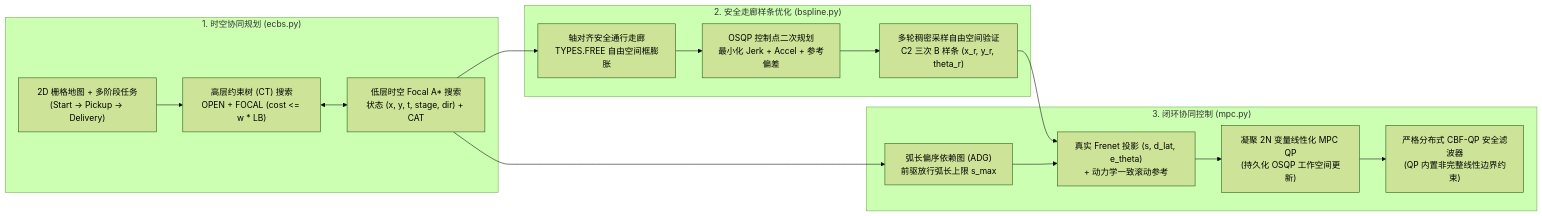
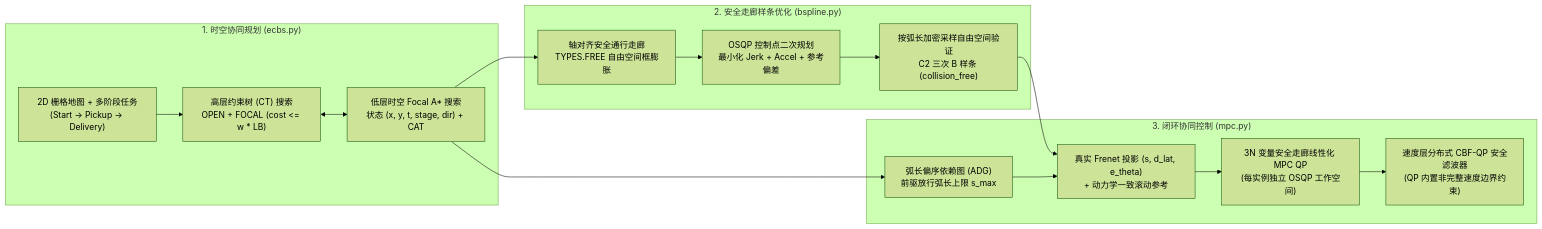
One commit to Urami0421/multi-agv-ecbs-consensus-mpc changed the diagram in README_zh.md. Above: the diagram before and after it, drawn with Mermaid (forest theme). The commit also changed other lines of this file and 20 other files, not shown here.

Commit message:
feat(control,mapf): add corridor-constrained MPC, 60s Wilson CI benchmarks, and per-instance OSQP workspaces

````diff
--- a/README_zh.md
+++ b/README_zh.md
@@ -43,21 +50,21 @@
 ```mermaid
 flowchart LR
     subgraph L1["1. 时空协同规划 (ecbs.py)"]
         A1["2D 栅格地图 + 多阶段任务\n(Start -> Pickup -> Delivery)"] --> A2["高层约束树 (CT) 搜索\nOPEN + FOCAL (cost <= w * LB)"]
         A2 <--> A3["低层时空 Focal A* 搜索\n状态 (x, y, t, stage, dir) + CAT"]
     end
 
     subgraph L2["2. 安全走廊样条优化 (bspline.py)"]
         A3 --> B1["轴对齐安全通行走廊\nTYPES.FREE 自由空间框膨胀"]
         B1 --> B2["OSQP 控制点二次规划\n最小化 Jerk + Accel + 参考偏差"]
-        B2 --> B3["多轮稠密采样自由空间验证\nC2 三次 B 样条 (x_r, y_r, theta_r)"]
+        B2 --> B3["按弧长加密采样自由空间验证\nC2 三次 B 样条 (collision_free)"]
     end
 
     subgraph L3["3. 闭环协同控制 (mpc.py)"]
         A3 --> C0["弧长偏序依赖图 (ADG)\n前驱放行弧长上限 s_max"]
         B3 --> C1["真实 Frenet 投影 (s, d_lat, e_theta)\n+ 动力学一致滚动参考"]
         C0 --> C1
-        C1 --> C2["凝聚 2N 变量线性化 MPC QP\n(持久化 OSQP 工作空间更新)"]
-        C2 --> C3["严格分布式 CBF-QP 安全滤波器\n(QP 内置非完整线性边界约束)"]
+        C1 --> C2["3N 变量安全走廊线性化 MPC QP\n(每实例独立 OSQP 工作空间)"]
+        C2 --> C3["速度层分布式 CBF-QP 安全滤波器\n(QP 内置非完整速度边界约束)"]
     end
 ```
````
